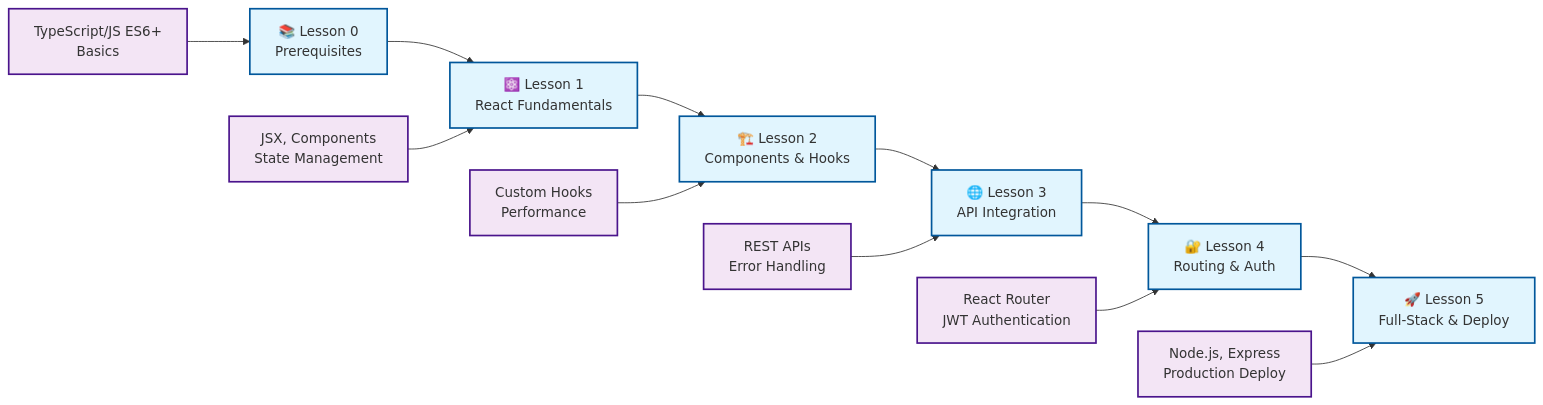
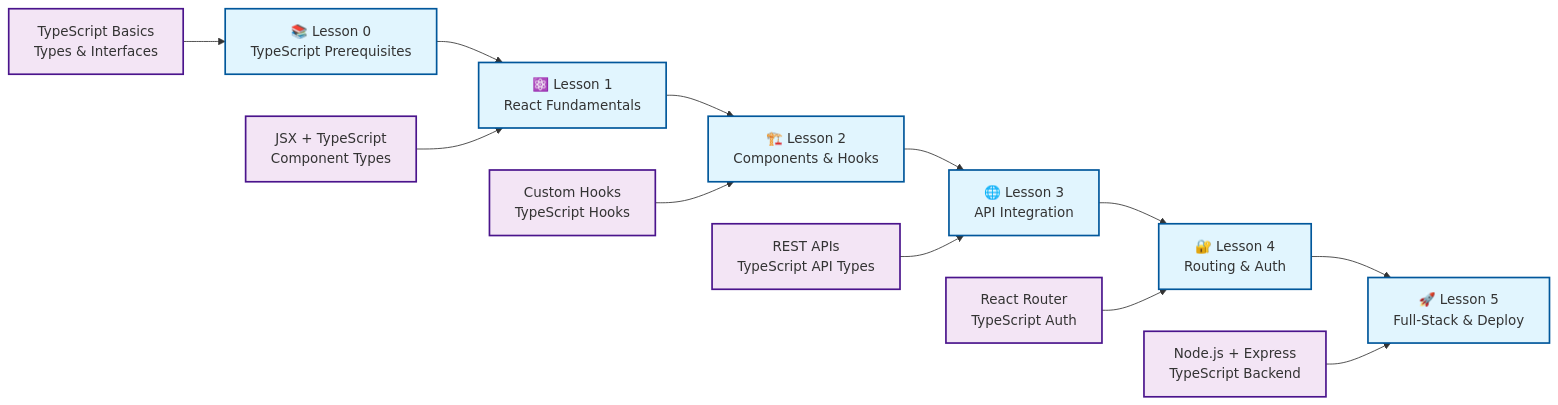
The fourth of 6 diagrams in diagrams/course_structure_diagram.md (longndt/react-course), drawn with Mermaid before and after one commit. The commit also changed other lines of this file and 32 other files, not shown here.

````diff
--- a/diagrams/course_structure_diagram.md
+++ b/diagrams/course_structure_diagram.md
@@ -123,22 +114,22 @@
 ```mermaid
 graph LR
-    A[📚 Lesson 0<br/>Prerequisites] --> B[⚛️ Lesson 1<br/>React Fundamentals]
+    A[📚 Lesson 0<br/>TypeScript Prerequisites] --> B[⚛️ Lesson 1<br/>React Fundamentals]
     B --> C[🏗️ Lesson 2<br/>Components & Hooks]
     C --> D[🌐 Lesson 3<br/>API Integration]
     D --> E[🔐 Lesson 4<br/>Routing & Auth]
     E --> F[🚀 Lesson 5<br/>Full-Stack & Deploy]
 
-    A1[TypeScript/JS ES6+<br/>Basics] --> A
-    B1[JSX, Components<br/>State Management] --> B
-    C1[Custom Hooks<br/>Performance] --> C
-    D1[REST APIs<br/>Error Handling] --> D
-    E1[React Router<br/>JWT Authentication] --> E
-    F1[Node.js, Express<br/>Production Deploy] --> F
+    A1[TypeScript Basics<br/>Types & Interfaces] --> A
+    B1[JSX + TypeScript<br/>Component Types] --> B
+    C1[Custom Hooks<br/>TypeScript Hooks] --> C
+    D1[REST APIs<br/>TypeScript API Types] --> D
+    E1[React Router<br/>TypeScript Auth] --> E
+    F1[Node.js + Express<br/>TypeScript Backend] --> F
 
     %% Styling
     classDef lesson fill:#e1f5fe,stroke:#01579b,stroke-width:2px
     classDef skills fill:#f3e5f5,stroke:#4a148c,stroke-width:2px
 
     class A,B,C,D,E,F lesson
     class A1,B1,C1,D1,E1,F1 skills
 ```
````
